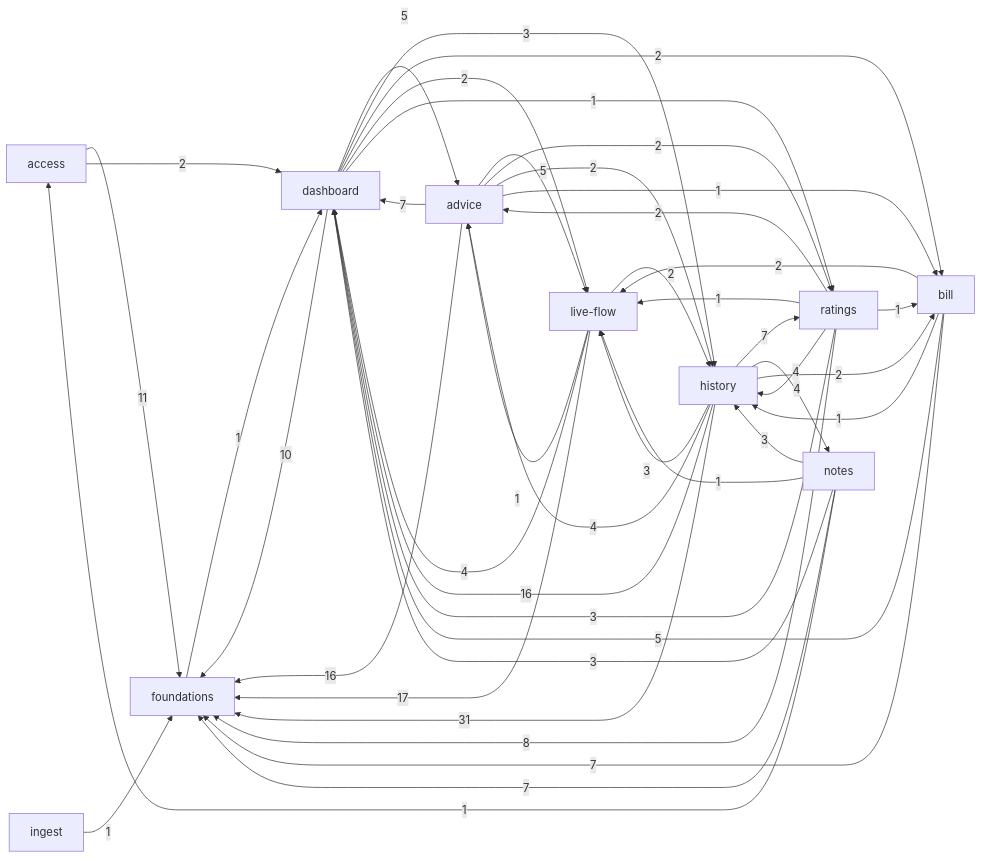
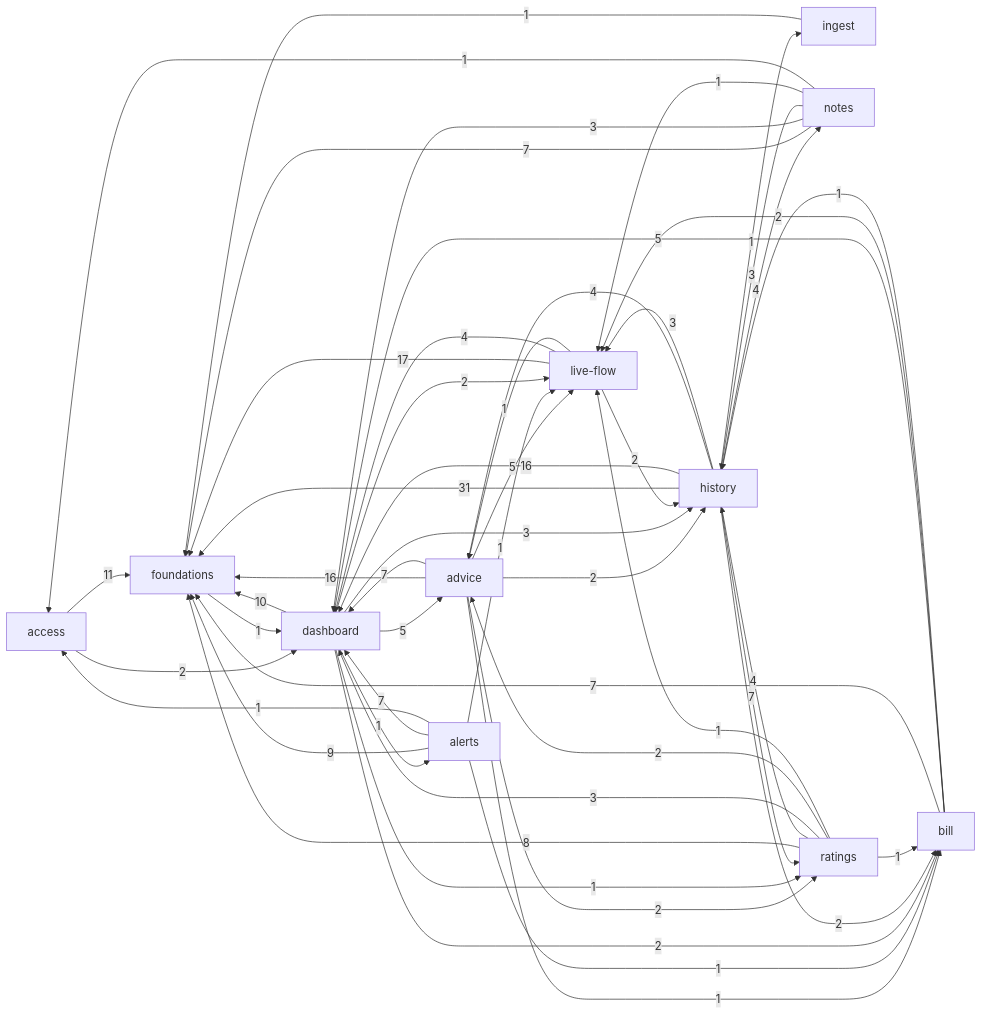
One commit to titusandronicu/energy-analyser changed the first of 2 diagrams in context/map/evidence/3-structure.md. Above: the diagram before and after it, drawn with Mermaid. The commit also changed other lines of this file and 5 other files, not shown here.

````diff
--- a/context/map/evidence/3-structure.md
+++ b/context/map/evidence/3-structure.md
@@ -38,55 +39,63 @@
 ```mermaid
 graph LR
   access["access"]
   advice["advice"]
+  alerts["alerts"]
   bill["bill"]
   dashboard["dashboard"]
   foundations["foundations"]
   history["history"]
   ingest["ingest"]
   live_flow["live-flow"]
   notes["notes"]
   ratings["ratings"]
   access -->|11| foundations
   access -->|2| dashboard
   advice -->|16| foundations
   advice -->|7| dashboard
   advice -->|5| live_flow
   advice -->|2| ratings
   advice -->|2| history
   advice -->|1| bill
+  alerts -->|9| foundations
+  alerts -->|7| dashboard
+  alerts -->|1| bill
+  alerts -->|1| live_flow
+  alerts -->|1| access
   bill -->|7| foundations
   bill -->|5| dashboard
   bill -->|2| live_flow
   bill -->|1| history
   dashboard -->|10| foundations
   dashboard -->|5| advice
   dashboard -->|3| history
   dashboard -->|2| bill
   dashboard -->|2| live_flow
+  dashboard -->|1| alerts
   dashboard -->|1| ratings
   foundations -->|1| dashboard
   history -->|31| foundations
   history -->|16| dashboard
   history -->|7| ratings
   history -->|4| advice
   history -->|4| notes
   history -->|3| live_flow
   history -->|2| bill
+  history -->|1| ingest
   ingest -->|1| foundations
   live_flow -->|17| foundations
   live_flow -->|4| dashboard
   live_flow -->|2| history
   live_flow -->|1| advice
   notes -->|7| foundations
   notes -->|3| dashboard
   notes -->|3| history
   notes -->|1| live_flow
   notes -->|1| access
   ratings -->|8| foundations
   ratings -->|4| history
   ratings -->|3| dashboard
   ratings -->|2| advice
   ratings -->|1| bill
   ratings -->|1| live_flow
 ```
````
